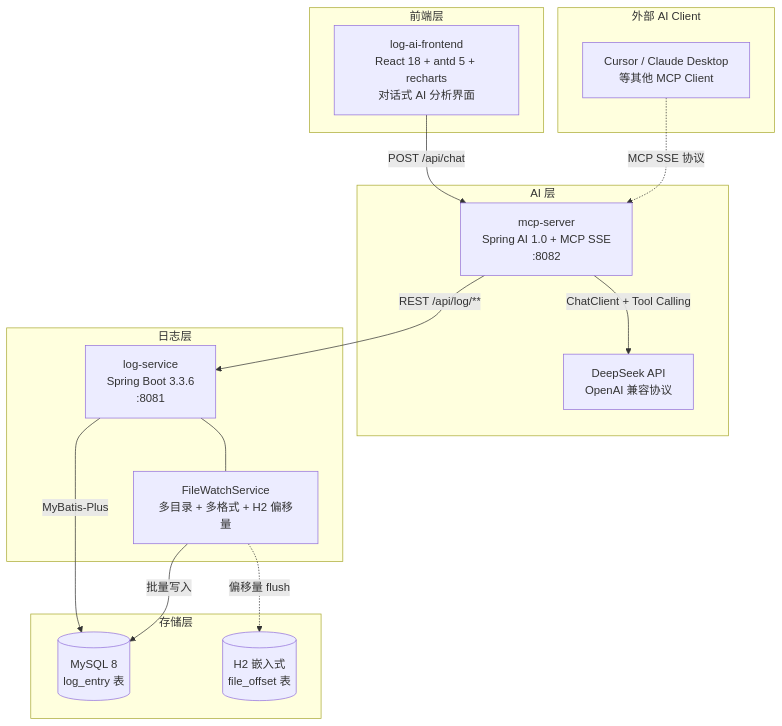
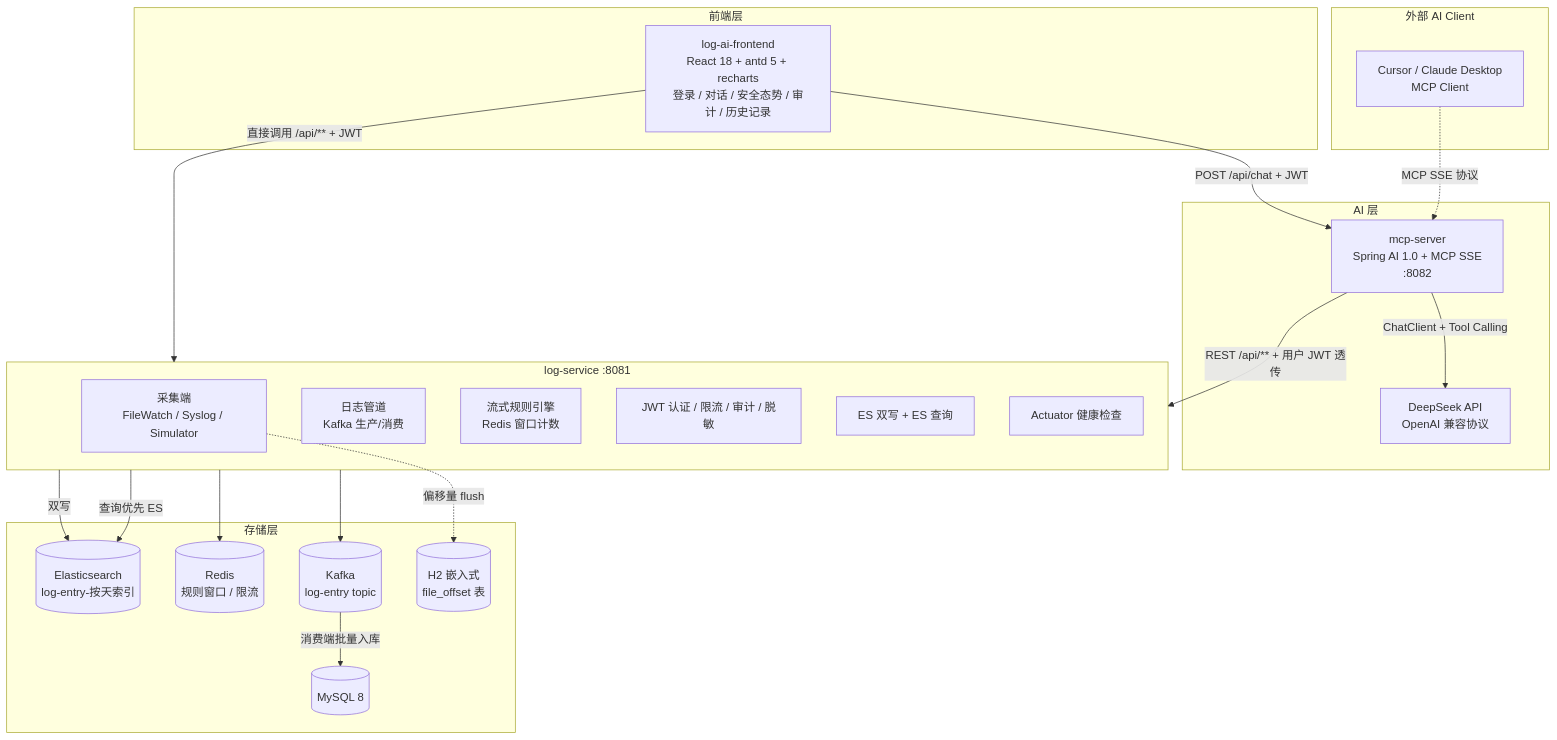
The first of 2 diagrams in README.md (copbyte/log-ai), drawn with Mermaid before and after one commit. The commit also changed other lines of this file and 112 other files, not shown here.

````diff
--- a/README.md
+++ b/README.md
@@ -39,34 +40,44 @@
 ```mermaid
 flowchart TB
     subgraph FE[前端层]
-        UI[log-ai-frontend<br/>React 18 + antd 5 + recharts<br/>对话式 AI 分析界面]
+        UI[log-ai-frontend<br/>React 18 + antd 5 + recharts<br/>登录 / 对话 / 安全态势 / 审计 / 历史记录]
     end
 
     subgraph AI[AI 层]
         MCP[mcp-server<br/>Spring AI 1.0 + MCP SSE<br/>:8082]
         DS[DeepSeek API<br/>OpenAI 兼容协议]
         MCP -->|ChatClient + Tool Calling| DS
     end
 
-    subgraph LOG[日志层]
-        LS[log-service<br/>Spring Boot 3.3.6<br/>:8081]
-        FW[FileWatchService<br/>多目录 + 多格式 + H2 偏移量]
-        LS --- FW
+    subgraph LOG[log-service :8081]
+        COLLECT[采集端<br/>FileWatch / Syslog / Simulator]
+        PIPE[日志管道<br/>Kafka 生产/消费]
+        RULE[流式规则引擎<br/>Redis 窗口计数]
+        AUTH[JWT 认证 / 限流 / 审计 / 脱敏]
+        ESIO[ES 双写 + ES 查询]
+        HEALTH[Actuator 健康检查]
     end
 
     subgraph STORE[存储层]
-        DB[(MySQL 8<br/>log_entry 表)]
+        DB[(MySQL 8)]
+        ES[(Elasticsearch<br/>log-entry-按天索引)]
+        REDIS[(Redis<br/>规则窗口 / 限流)]
+        KAFKA[(Kafka<br/>log-entry topic)]
         H2[(H2 嵌入式<br/>file_offset 表)]
     end
 
     subgraph EXT[外部 AI Client]
-        C1[Cursor / Claude Desktop<br/>等其他 MCP Client]
+        C1[Cursor / Claude Desktop<br/>MCP Client]
     end
 
-    UI -->|POST /api/chat| MCP
-    MCP -->|REST /api/log/**| LS
-    LS -->|MyBatis-Plus| DB
-    FW -->|批量写入| DB
-    FW -.->|偏移量 flush| H2
+    UI -->|POST /api/chat + JWT| MCP
+    MCP -->|REST /api/** + 用户 JWT 透传| LOG
+    UI -->|直接调用 /api/** + JWT| LOG
+    LOG --> KAFKA
+    KAFKA -->|消费端批量入库| DB
+    LOG -->|双写| ES
+    LOG -->|查询优先 ES| ES
+    LOG --> REDIS
+    COLLECT -.->|偏移量 flush| H2
     C1 -.->|MCP SSE 协议| MCP
 ```
````
